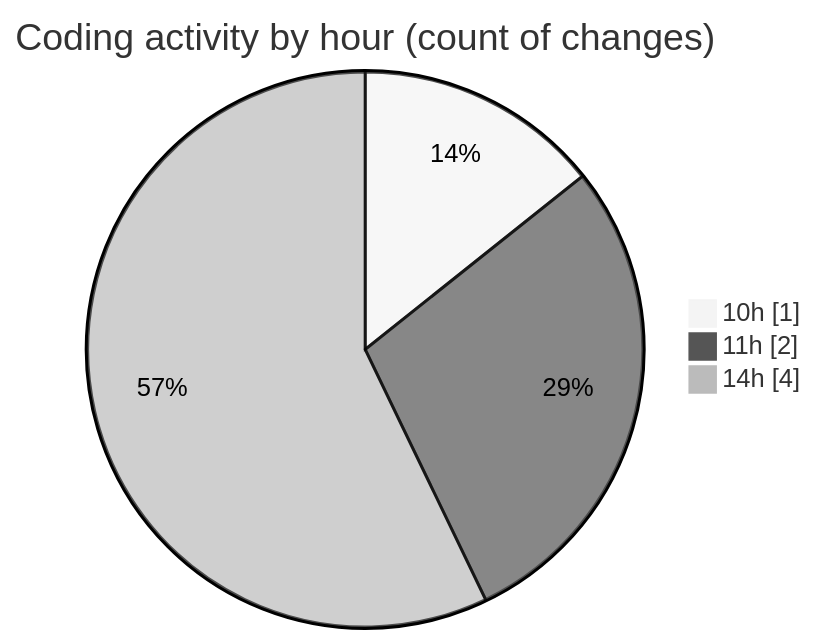
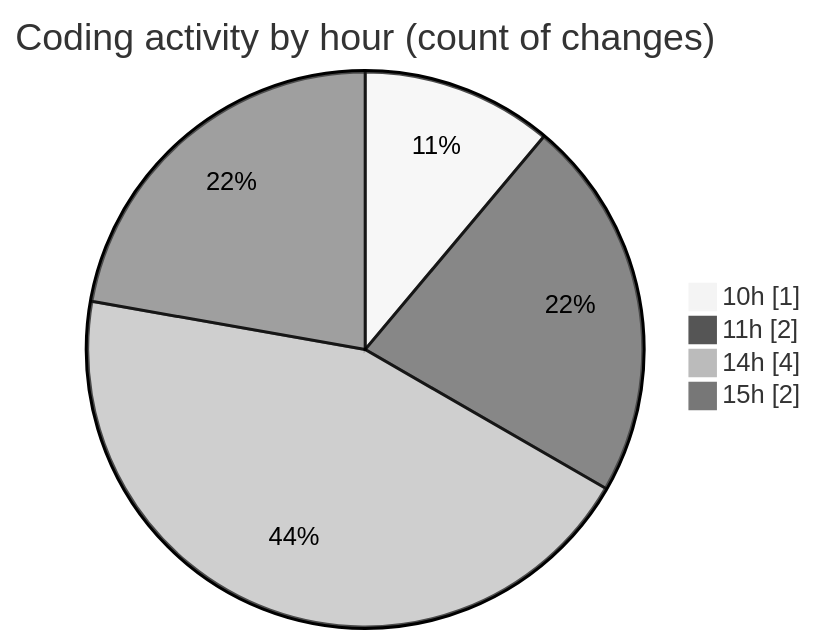
One commit to Ritupan-Deka/code-tracking changed the second of 2 diagrams in 2025-07-11/urlwebwala_intership_work/README.md. Above: the diagram before and after it, drawn with Mermaid (neutral theme). The commit also changed other lines of this file and 1 other file, not shown here.

````diff
--- a/2025-07-11/urlwebwala_intership_work/README.md
+++ b/2025-07-11/urlwebwala_intership_work/README.md
@@ -28,7 +28,8 @@
 ```mermaid
 pie showData
 title Coding activity by hour (count of changes)
 "10h" : 1
 "11h" : 2
 "14h" : 4
+"15h" : 2
 ```
````
